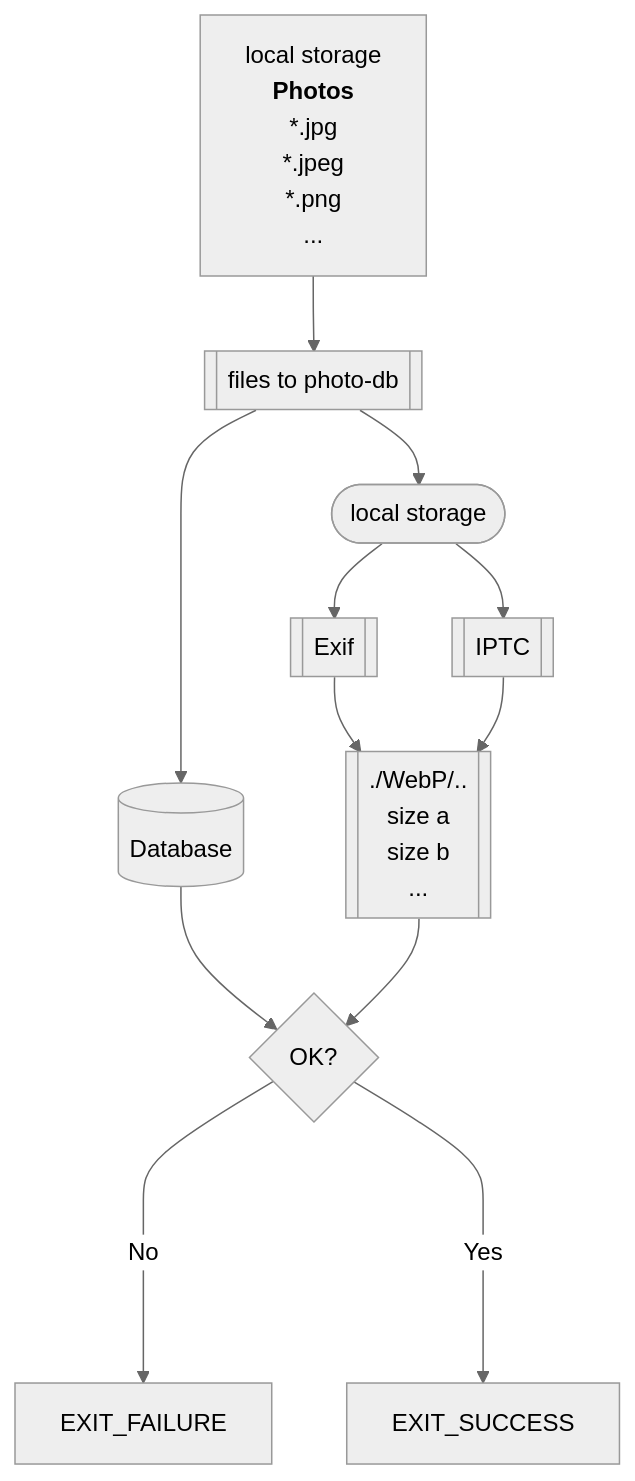
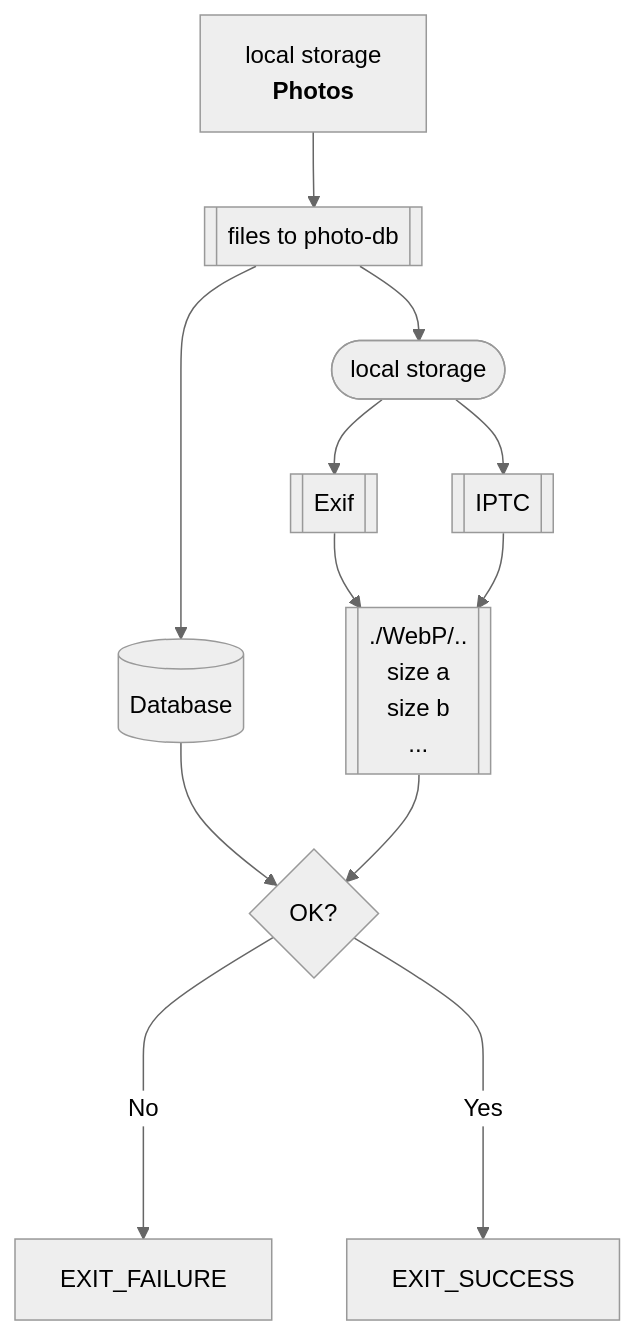
One commit to Zheng-Bote/qt_files_photo-gallery changed the first of 7 diagrams in README.md. Above: the diagram before and after it, drawn with Mermaid (neutral theme). The commit also changed other lines of this file, not shown here.

Commit message:
upd: Mermaid

````diff
--- a/README.md
+++ b/README.md
@@ -310,19 +310,15 @@
 ```mermaid
 flowchart TD;
   A["`local storage
-  **Photos**
-  *.jpg
-  *.jpeg
-  *.png
-  ...`"] --> P[[files to photo-db]]
+  **Photos**`"] --> P[[files to photo-db]]
   P --> S([local storage])
   S --> E[[Exif]] & I[[IPTC]] --> W[["`./WebP/..
   size a
   size b
   ...`"]]
   P --> D[(Database)]
   D --> C{OK?}
   W --> C{OK?}
   C ---->|No| F[EXIT_FAILURE]
   C ---->|Yes| O[EXIT_SUCCESS]
 ```
````
